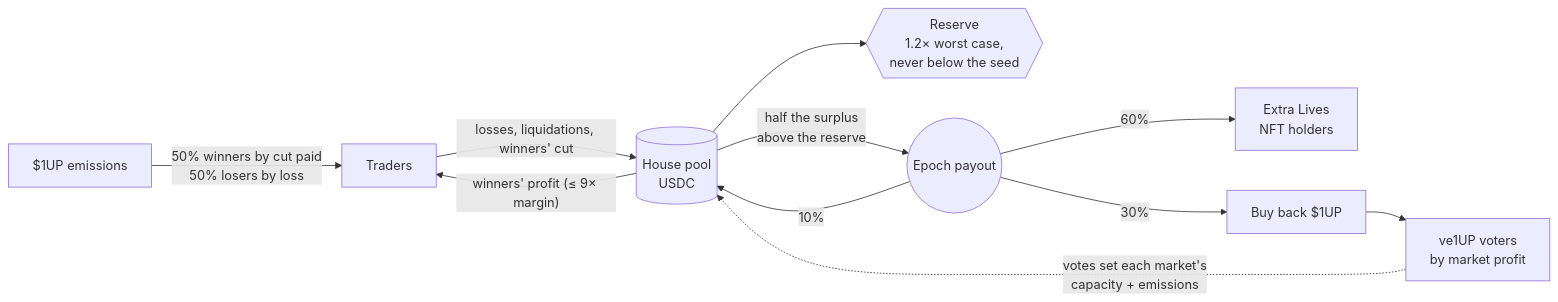
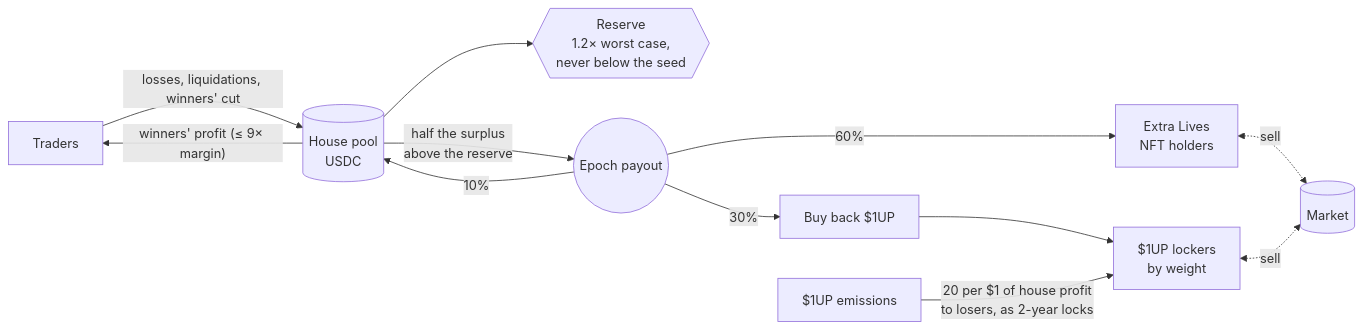
The diagram in README.md (ethboi/oneup), drawn with Mermaid before and after one commit. The commit also changed other lines of this file and 7 other files, not shown here.

First line of the commit message:
Docs for locks, losers-only $1UP and the market; lock stats fixes

````diff
--- a/README.md
+++ b/README.md
@@ -47,12 +49,13 @@
 ```mermaid
 flowchart LR
   T[Traders] -- "losses, liquidations, winners' cut" --> P[(House pool<br/>USDC)]
   P -- "winners' profit (≤ 9× margin)" --> T
   P --> R{{"Reserve<br/>1.2× worst case,<br/>never below the seed"}}
   P -- "half the surplus<br/>above the reserve" --> S((Epoch payout))
   S -- 60% --> L[Extra Lives<br/>NFT holders]
-  S -- 30% --> B[Buy back $1UP] --> V[ve1UP voters<br/>by market profit]
+  S -- 30% --> B[Buy back $1UP] --> V[$1UP lockers<br/>by weight]
   S -- 10% --> P
-  V -. "votes set each market's<br/>capacity + emissions" .-> P
-  E[$1UP emissions] -- "50% winners by cut paid<br/>50% losers by loss" --> T
+  E[$1UP emissions] -- "20 per $1 of house profit<br/>to losers, as 2-year locks" --> V
+  L <-. "sell" .-> M[(Market)]
+  V <-. "sell" .-> M
 ```
````
